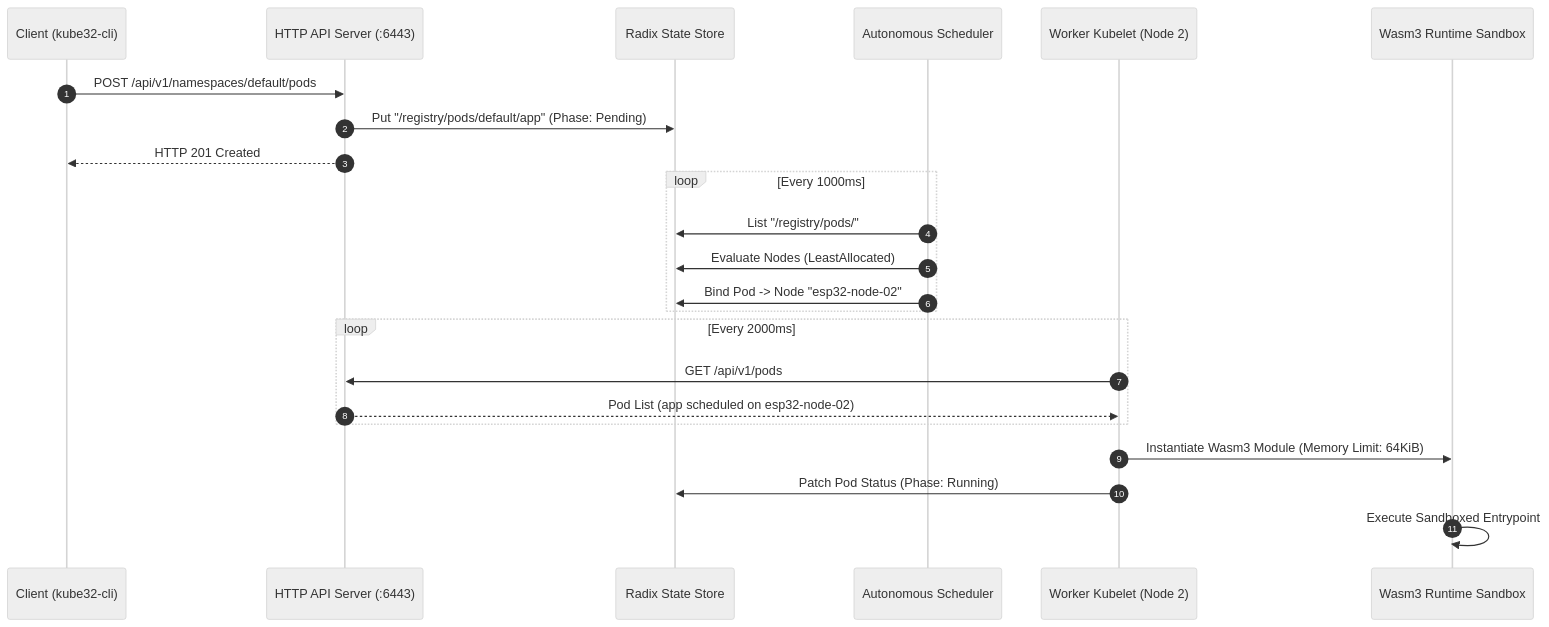
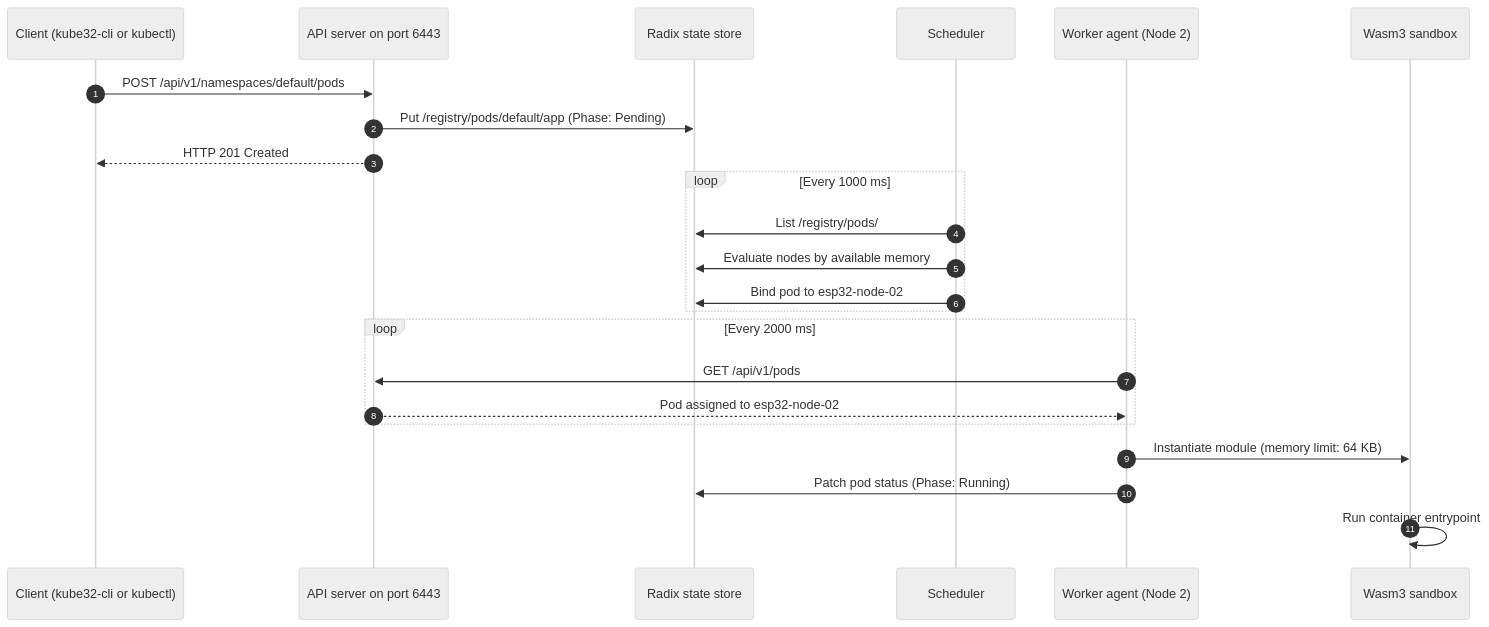
One commit to arterialist/kube32 changed the second of 2 diagrams in docs/architecture/index.md. Above: the diagram before and after it, drawn with Mermaid (neutral theme). The commit also changed other lines of this file and 16 other files, not shown here.

````diff
--- a/docs/architecture/index.md
+++ b/docs/architecture/index.md
@@ -61,29 +65,29 @@
 ```mermaid
 sequenceDiagram
     autonumber
-    participant Dev as Client (kube32-cli)
-    participant API as HTTP API Server (:6443)
-    participant Store as Radix State Store
-    participant Sched as Autonomous Scheduler
-    participant Kube as Worker Kubelet (Node 2)
-    participant Wasm as Wasm3 Runtime Sandbox
+    participant Dev as Client (kube32-cli or kubectl)
+    participant API as API server on port 6443
+    participant Store as Radix state store
+    participant Sched as Scheduler
+    participant Kube as Worker agent (Node 2)
+    participant Wasm as Wasm3 sandbox
 
     Dev->>API: POST /api/v1/namespaces/default/pods
-    API->>Store: Put "/registry/pods/default/app" (Phase: Pending)
+    API->>Store: Put /registry/pods/default/app (Phase: Pending)
     API-->>Dev: HTTP 201 Created
     
-    loop Every 1000ms
-        Sched->>Store: List "/registry/pods/"
-        Sched->>Store: Evaluate Nodes (LeastAllocated)
-        Sched->>Store: Bind Pod -> Node "esp32-node-02"
+    loop Every 1000 ms
+        Sched->>Store: List /registry/pods/
+        Sched->>Store: Evaluate nodes by available memory
+        Sched->>Store: Bind pod to esp32-node-02
     end
 
-    loop Every 2000ms
+    loop Every 2000 ms
         Kube->>API: GET /api/v1/pods
-        API-->>Kube: Pod List (app scheduled on esp32-node-02)
+        API-->>Kube: Pod assigned to esp32-node-02
     end
 
-    Kube->>Wasm: Instantiate Wasm3 Module (Memory Limit: 64KiB)
-    Kube->>Store: Patch Pod Status (Phase: Running)
-    Wasm->>Wasm: Execute Sandboxed Entrypoint
+    Kube->>Wasm: Instantiate module (memory limit: 64 KB)
+    Kube->>Store: Patch pod status (Phase: Running)
+    Wasm->>Wasm: Run container entrypoint
 ```
````
